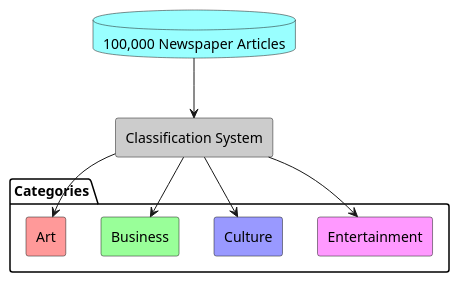
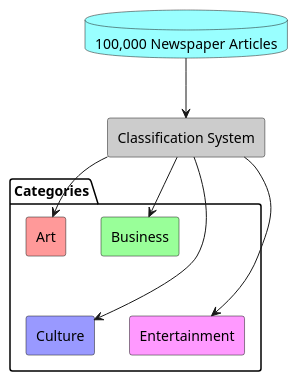
One commit to monarchwadia/blog-monarchwadia.com changed the diagram in _drafts/2023-02-07-data-categorization-boring-ai-1.md. Above: the diagram before and after it, drawn with PlantUML. The commit also changed other lines of this file and 1 other file, not shown here.

```diff
--- a/_drafts/2023-02-07-data-categorization-boring-ai-1.md
+++ b/_drafts/2023-02-07-data-categorization-boring-ai-1.md
@@ -15,25 +21,25 @@
 {% plantuml %}
 
 database "100,000 Newspaper Articles" as DB #9ff
 
 rectangle "Classification System" as CS #ccc
 
 package Categories {
     rectangle Art as A #f99
     rectangle Business as B  #9f9
     rectangle Culture as C #99f 
     rectangle Entertainment as E #f9f
 
-    A -[hidden]r-- B
-    B -[hidden]r-- C
-    C -[hidden]r-- E
+    A -[hidden]r- B
+    B -[hidden]d- C
+    C -[hidden]r- E
 }
 
 DB -down-> CS
 CS -down-> A
 CS -down-> B
 CS -down-> C
 CS -down-> E
 
 
 {% endplantuml %}
```
